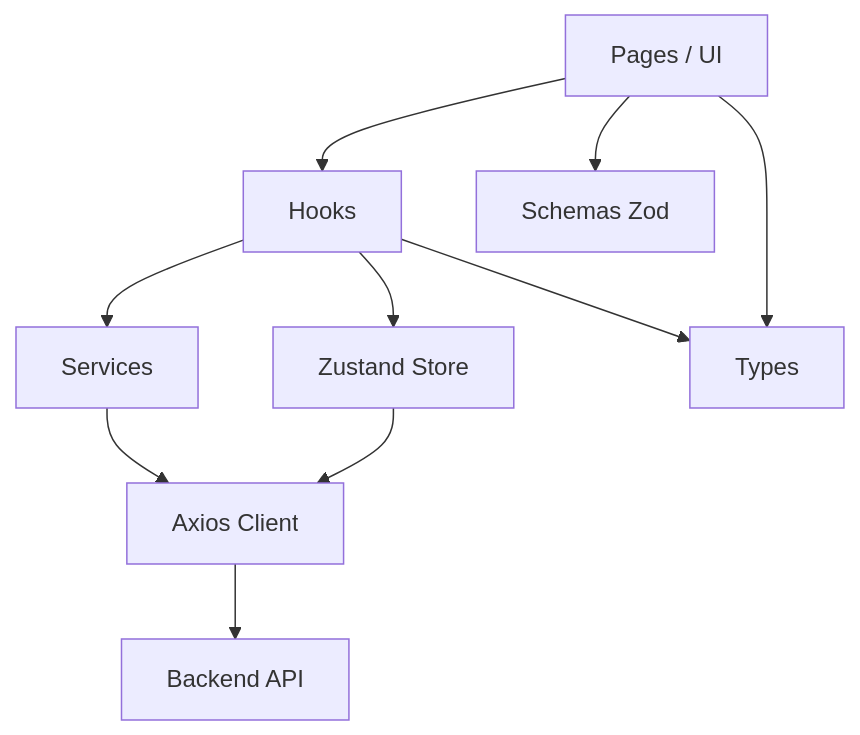
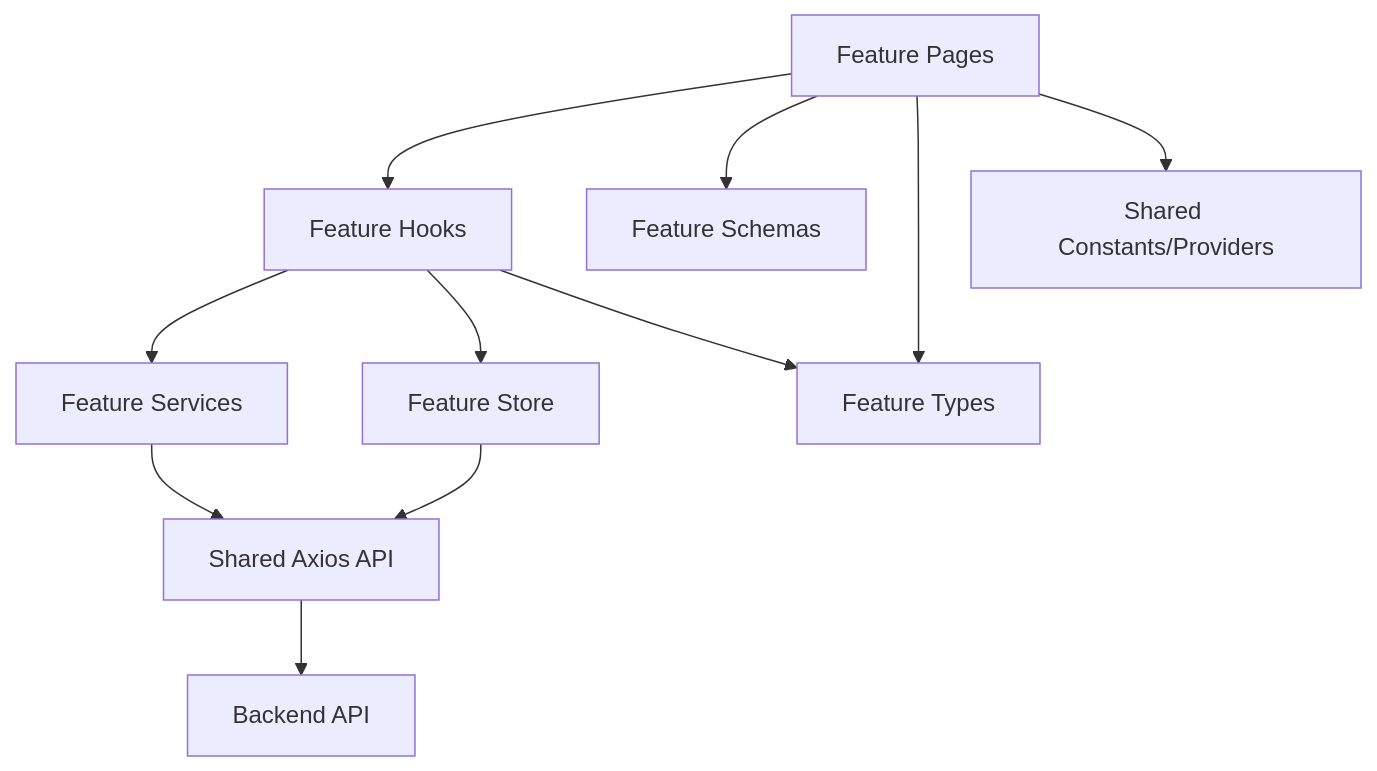
One commit to wwwbrunagon/movie_recommendation changed the first of 4 diagrams in frontend/docs/architecture.md. Above: the diagram before and after it, drawn with Mermaid. The commit also changed other lines of this file and 1 other file, not shown here.

Commit message:
docs(frontend): document feature-based architecture

````diff
--- a/frontend/docs/architecture.md
+++ b/frontend/docs/architecture.md
@@ -52,21 +46,23 @@
 ```mermaid
 flowchart TD
-    UI[Pages / UI]
-    Hooks[Hooks]
-    Store[Zustand Store]
-    Services[Services]
-    API[Axios Client]
+    UI[Feature Pages]
+    Hooks[Feature Hooks]
+    Store[Feature Store]
+    Services[Feature Services]
+    API[Shared Axios API]
     Backend[Backend API]
-    Schemas[Schemas Zod]
-    Types[Types]
+    Schemas[Feature Schemas]
+    Types[Feature Types]
+    Shared[Shared Constants/Providers]
 
     UI --> Hooks
     UI --> Schemas
     UI --> Types
+    UI --> Shared
     Hooks --> Services
     Hooks --> Store
     Hooks --> Types
     Services --> API
     API --> Backend
     Store --> API
 ```
````
